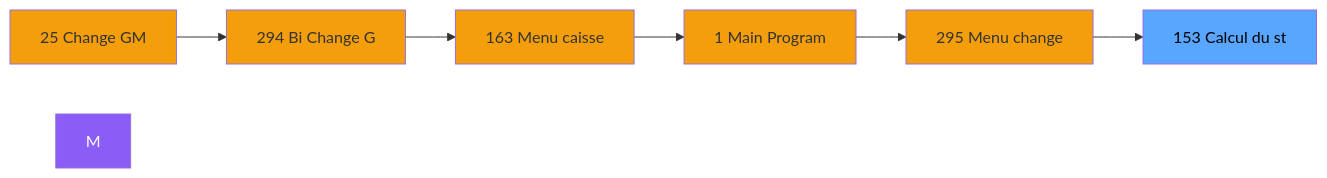
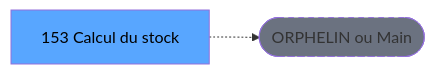
Before and after one commit to thonyAGP/lecteur-magic: the second of 3 diagrams in .openspec/renders/ADH-IDE-153.md, drawn with Mermaid. The commit also changed other lines of this file and 701 other files, not shown here.

````diff
--- a/.openspec/renders/ADH-IDE-153.md
+++ b/.openspec/renders/ADH-IDE-153.md
@@ -111,21 +122,8 @@
 ```mermaid
 graph LR
-    N25[25 Change GM]
-    N294[294 Bi  Change G]
-    N163[163 Menu caisse ]
-    N1[1 Main Program]
-    N295[295 Menu change ]
-    T[153 Calcul du st]
-    N25 --> N294
-    N294 --> N163
-    N163 --> N1
-    N1 --> N295
-    N295 --> T
-    style M fill:#8b5cf6,color:#fff
-    style N25 fill:#f59e0b
-    style N294 fill:#f59e0b
-    style N163 fill:#f59e0b
-    style N1 fill:#f59e0b
-    style N295 fill:#f59e0b
+    T[153 Calcul du stock]
+    ORPHAN([ORPHELIN ou Main])
+    T -.-> ORPHAN
     style T fill:#58a6ff,color:#000
+    style ORPHAN fill:#6b7280,stroke-dasharray: 5 5
 ```
````
